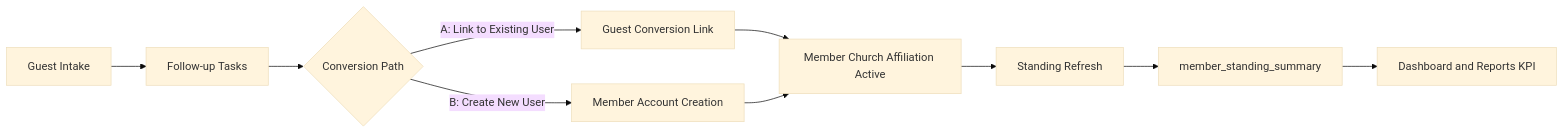
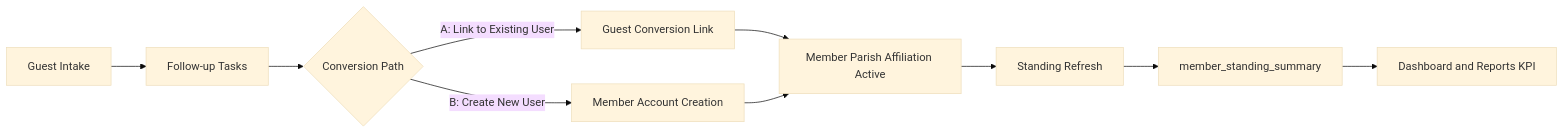
One commit to ekklesiaonline/ekklesiaONLINE changed the first of 8 diagrams in docs/GUEST_REGISTRATION_TO_GOOD_STANDING_DIAGRAMS_2026-04-11.md. Above: the diagram before and after it, drawn with Mermaid (base theme). The commit also changed other lines of this file and 266 other files, not shown here.

First line of the commit message:
Project-wide terminology migration: church -> parish

````diff
--- a/docs/GUEST_REGISTRATION_TO_GOOD_STANDING_DIAGRAMS_2026-04-11.md
+++ b/docs/GUEST_REGISTRATION_TO_GOOD_STANDING_DIAGRAMS_2026-04-11.md
@@ -3,12 +3,12 @@
 ```mermaid
 flowchart LR
     A[Guest Intake] --> B[Follow-up Tasks]
     B --> C{Conversion Path}
     C -->|A: Link to Existing User| D[Guest Conversion Link]
     C -->|B: Create New User| E[Member Account Creation]
-    D --> F[Member Church Affiliation Active]
+    D --> F[Member Parish Affiliation Active]
     E --> F
     F --> G[Standing Refresh]
     G --> H[member_standing_summary]
     H --> I[Dashboard and Reports KPI]
 ```
````
